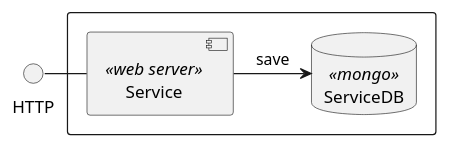
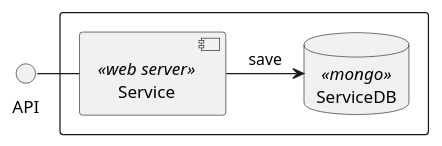
Before and after one commit to revue-org/revue: the diagram in docs/uml/system/Microservice.puml, drawn with PlantUML. The commit also changed 1 other file, not shown here.

Commit message:
docs(uml): change Deployment in Architecture

```diff
--- a/docs/uml/system/Microservice.puml
+++ b/docs/uml/system/Microservice.puml
@@ -1,13 +1,13 @@
 @startuml
 
 rectangle {
     component Service <<web server>>
     database ServiceDB <<mongo>>
 }
-interface HTTP
+interface API
 
 Service -right-> ServiceDB : save
-Service -left- HTTP
+Service -left- API
 
 
 @enduml
```
